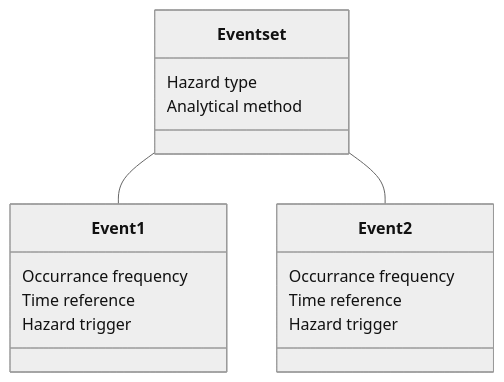
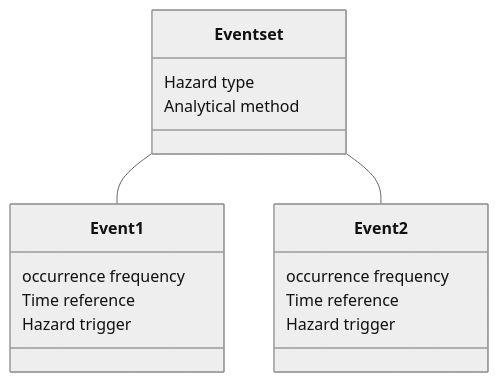
The diagram in docs/vulnerability.md (GFDRR/rdl-docs), drawn with Mermaid (neutral theme) before and after one commit. The commit also changed 4 other files, not shown here.

````diff
--- a/docs/vulnerability.md
+++ b/docs/vulnerability.md
@@ -6,17 +6,17 @@
 ```mermaid
 classDiagram
     Event set -- Event1
     Event set -- Event2
     Event set: Hazard type
     Event set: Analytical method
     class Event1{
-      Occurrance frequency
+      occurrence frequency
       Time reference
       Hazard trigger
     }
     class Event2{
-      Occurrance frequency
+      occurrence frequency
       Time reference
       Hazard trigger
     }
 ```
````
